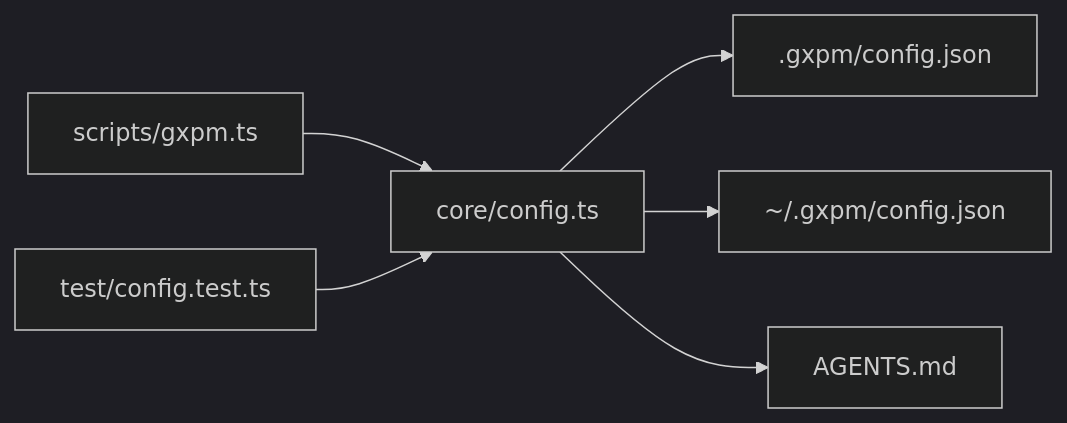
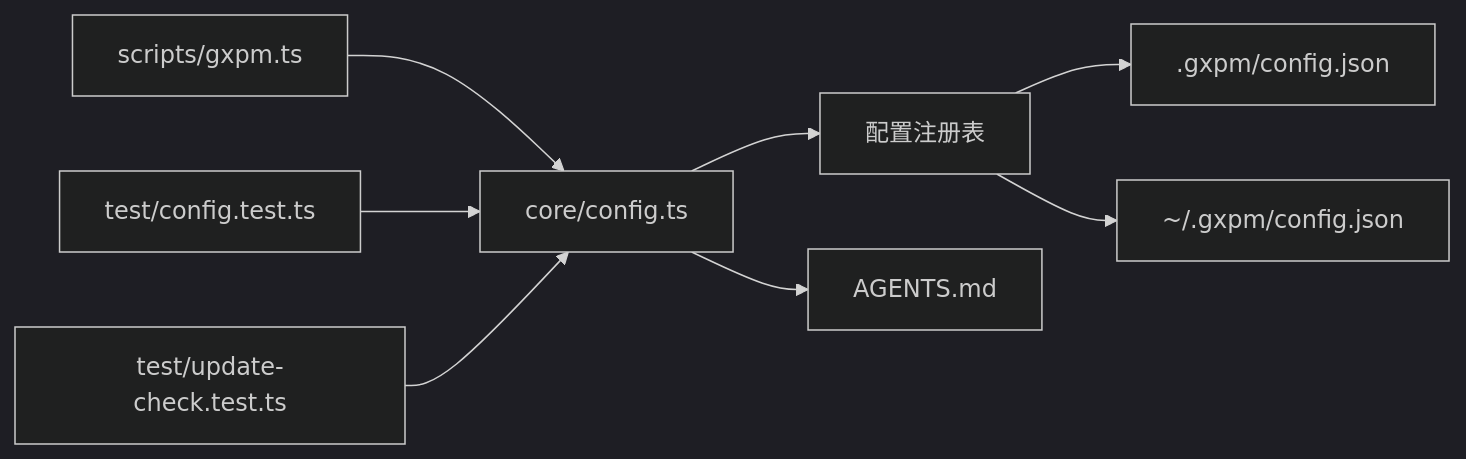
The sixth of 6 diagrams in .qoder/repowiki/zh/content/核心概念/配置系统.md (laozhong86/gxpm), drawn with Mermaid (dark theme) before and after one commit. The commit also changed other lines of this file and 8 other files, not shown here.

````diff
--- a/.qoder/repowiki/zh/content/核心概念/配置系统.md
+++ b/.qoder/repowiki/zh/content/核心概念/配置系统.md
@@ -224,8 +292,10 @@
 ```mermaid
 graph LR
 CLI["scripts/gxpm.ts"] --> API["core/config.ts"]
-API --> RepoCfg[".gxpm/config.json"]
-API --> GlobalCfg["~/.gxpm/config.json"]
+API --> Registry["配置注册表"]
+Registry --> RepoCfg[".gxpm/config.json"]
+Registry --> GlobalCfg["~/.gxpm/config.json"]
 API --> Agents["AGENTS.md"]
 Tests["test/config.test.ts"] --> API
+TestsUpdate["test/update-check.test.ts"] --> API
 ```
````
